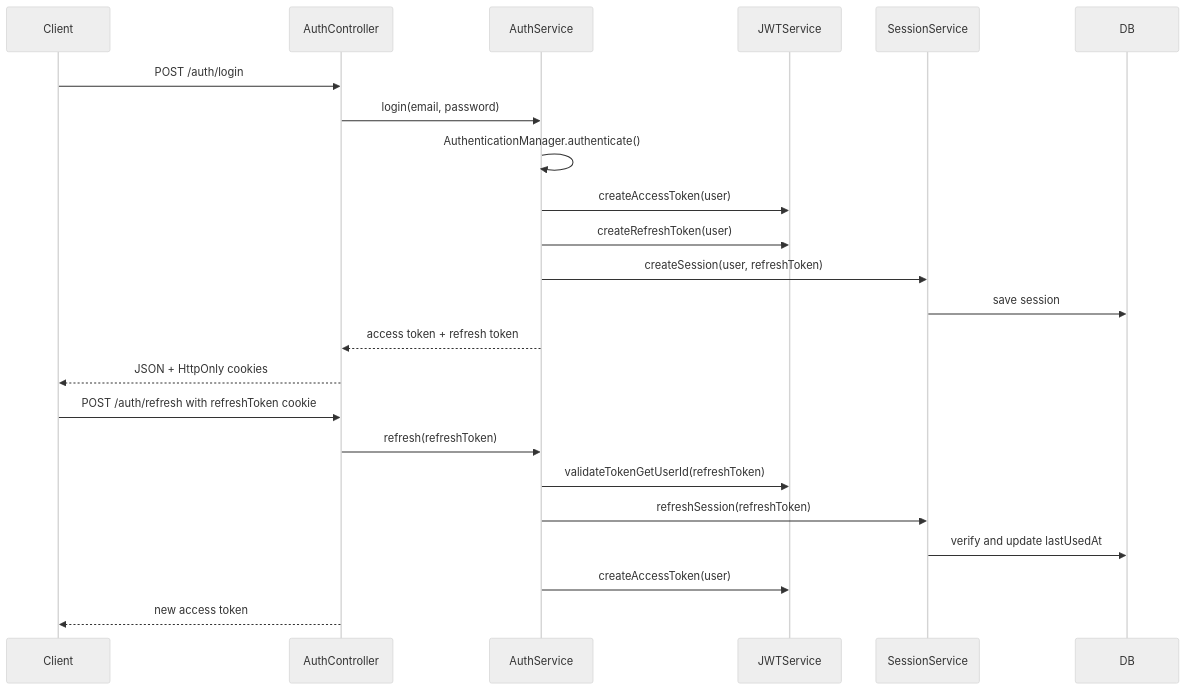
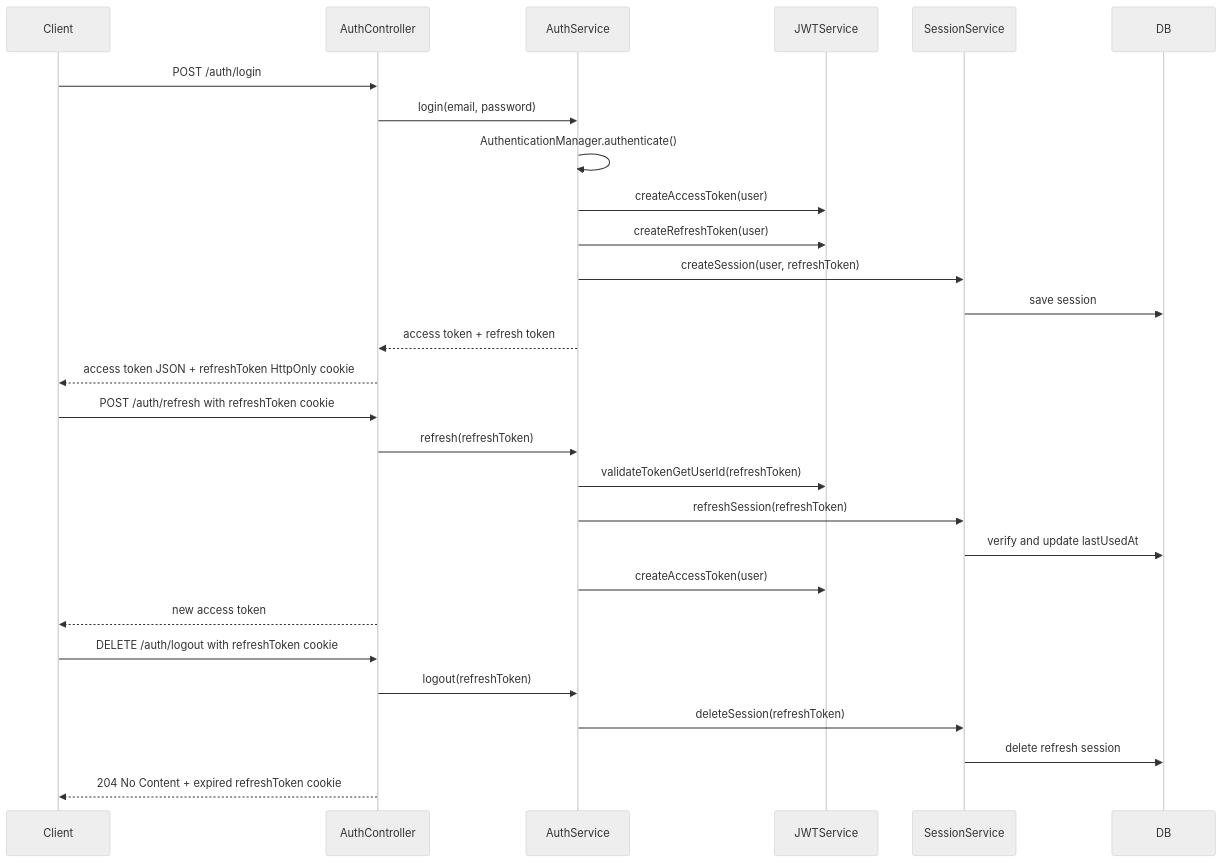
The second of 9 diagrams in M5_Spring_Security_Demo/README.md (shubhgaur37/SpringBoot), drawn with Mermaid (neutral theme) before and after one commit. The commit also changed other lines of this file and 3 other files, not shown here.

Commit message:
Adding Logout Flow

````diff
--- a/M5_Spring_Security_Demo/README.md
+++ b/M5_Spring_Security_Demo/README.md
@@ -197,27 +200,33 @@
 ```mermaid
 sequenceDiagram
     participant Client
     participant AuthController
     participant AuthService
     participant JWTService
     participant SessionService
     participant DB
 
     Client->>AuthController: POST /auth/login
     AuthController->>AuthService: login(email, password)
     AuthService->>AuthService: AuthenticationManager.authenticate()
     AuthService->>JWTService: createAccessToken(user)
     AuthService->>JWTService: createRefreshToken(user)
     AuthService->>SessionService: createSession(user, refreshToken)
     SessionService->>DB: save session
     AuthService-->>AuthController: access token + refresh token
-    AuthController-->>Client: JSON + HttpOnly cookies
+    AuthController-->>Client: access token JSON + refreshToken HttpOnly cookie
 
     Client->>AuthController: POST /auth/refresh with refreshToken cookie
     AuthController->>AuthService: refresh(refreshToken)
     AuthService->>JWTService: validateTokenGetUserId(refreshToken)
     AuthService->>SessionService: refreshSession(refreshToken)
     SessionService->>DB: verify and update lastUsedAt
     AuthService->>JWTService: createAccessToken(user)
     AuthController-->>Client: new access token
+
+    Client->>AuthController: DELETE /auth/logout with refreshToken cookie
+    AuthController->>AuthService: logout(refreshToken)
+    AuthService->>SessionService: deleteSession(refreshToken)
+    SessionService->>DB: delete refresh session
+    AuthController-->>Client: 204 No Content + expired refreshToken cookie
 ```
````
